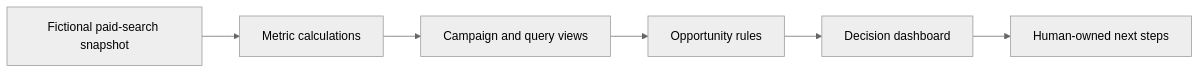
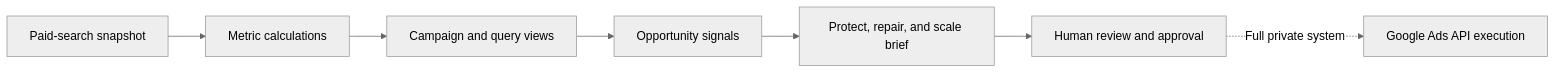
The diagram in README.md (Jlopez-nava/google-ads-growth-analyst), drawn with Mermaid (neutral theme) before and after one commit. The commit also changed other lines of this file, not shown here.

Commit message:
Explain the decision workflow and local setup

````diff
--- a/README.md
+++ b/README.md
@@ -33,8 +27,9 @@
 ```mermaid
 flowchart LR
-    A[Fictional paid-search snapshot] --> B[Metric calculations]
+    A[Paid-search snapshot] --> B[Metric calculations]
     B --> C[Campaign and query views]
-    C --> D[Opportunity rules]
-    D --> E[Decision dashboard]
-    E --> F[Human-owned next steps]
+    C --> D[Opportunity signals]
+    D --> E[Protect, repair, and scale brief]
+    E --> F[Human review and approval]
+    F -. Full private system .-> G[Google Ads API execution]
 ```
````
